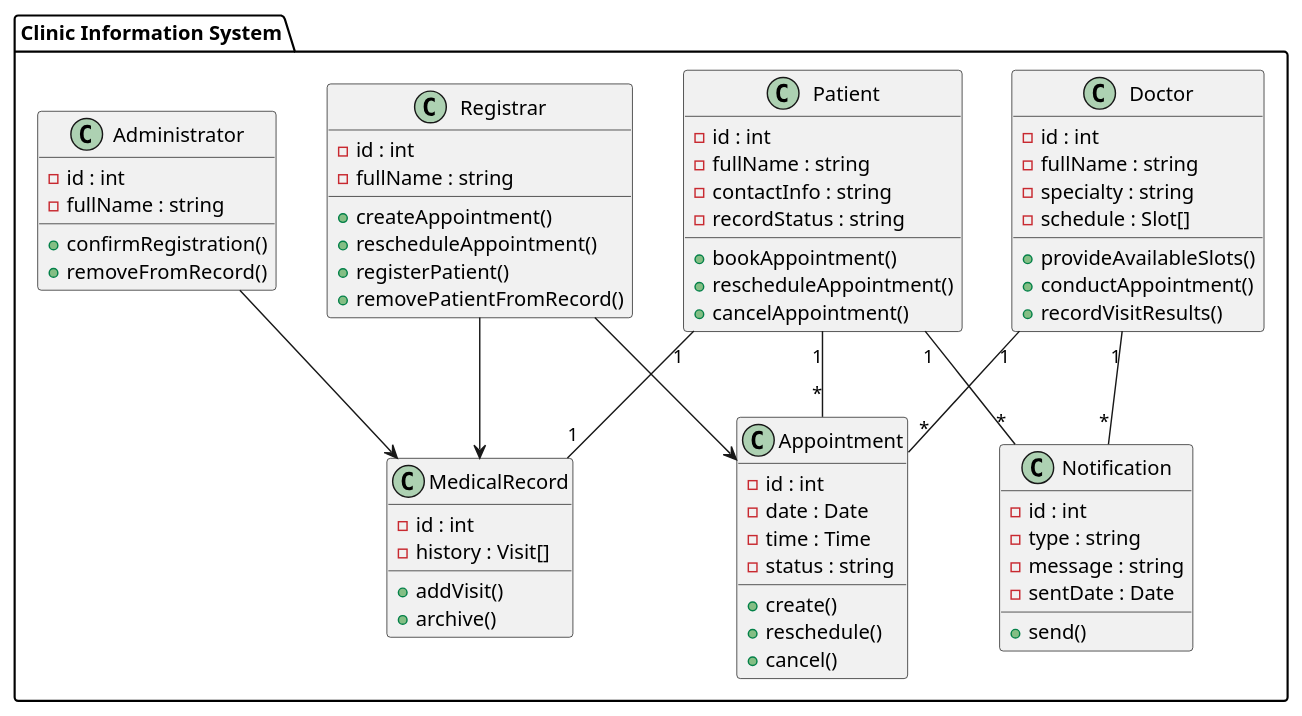
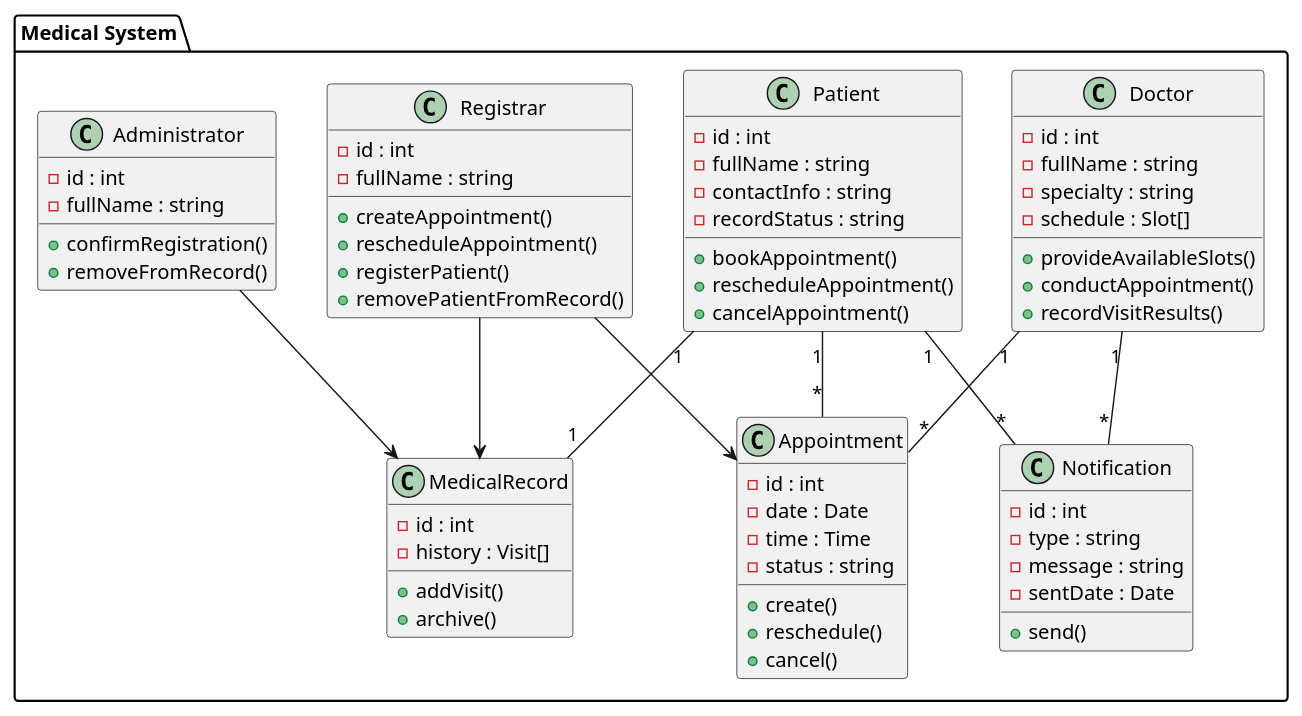
Before and after one commit to penamarth/bsbo-13-23_team3_var3_clinic: the diagram in class_diagram.puml, drawn with PlantUML.

```diff
--- a/class_diagram.puml
+++ b/class_diagram.puml
@@ -1,74 +1,74 @@
 @startuml class_diagram
-package "Clinic Information System" {
+package "Medical System" {
 class Patient {
   - id : int
   - fullName : string
   - contactInfo : string
   - recordStatus : string
   + bookAppointment()
   + rescheduleAppointment()
   + cancelAppointment()
 }
 
 class Registrar {
   - id : int
   - fullName : string
   + createAppointment()
   + rescheduleAppointment()
   + registerPatient()
   + removePatientFromRecord()
 }
 
 class Doctor {
   - id : int
   - fullName : string
   - specialty : string
   - schedule : Slot[]
   + provideAvailableSlots()
   + conductAppointment()
   + recordVisitResults()
 }
 
 class Administrator {
   - id : int
   - fullName : string
   + confirmRegistration()
   + removeFromRecord()
 }
 
 class Appointment {
   - id : int
   - date : Date
   - time : Time
   - status : string
   + create()
   + reschedule()
   + cancel()
 }
 
 class MedicalRecord {
   - id : int
   - history : Visit[]
   + addVisit()
   + archive()
 }
 
 class Notification {
   - id : int
   - type : string
   - message : string
   - sentDate : Date
   + send()
 }
 
 Patient "1" -- "1" MedicalRecord
 Patient "1" -- "*" Appointment
 Doctor "1" -- "*" Appointment
 Patient "1" -- "*" Notification
 Doctor "1" -- "*" Notification
 
 Registrar --> Appointment
 Registrar --> MedicalRecord
 Administrator --> MedicalRecord
 }
 @enduml
```
